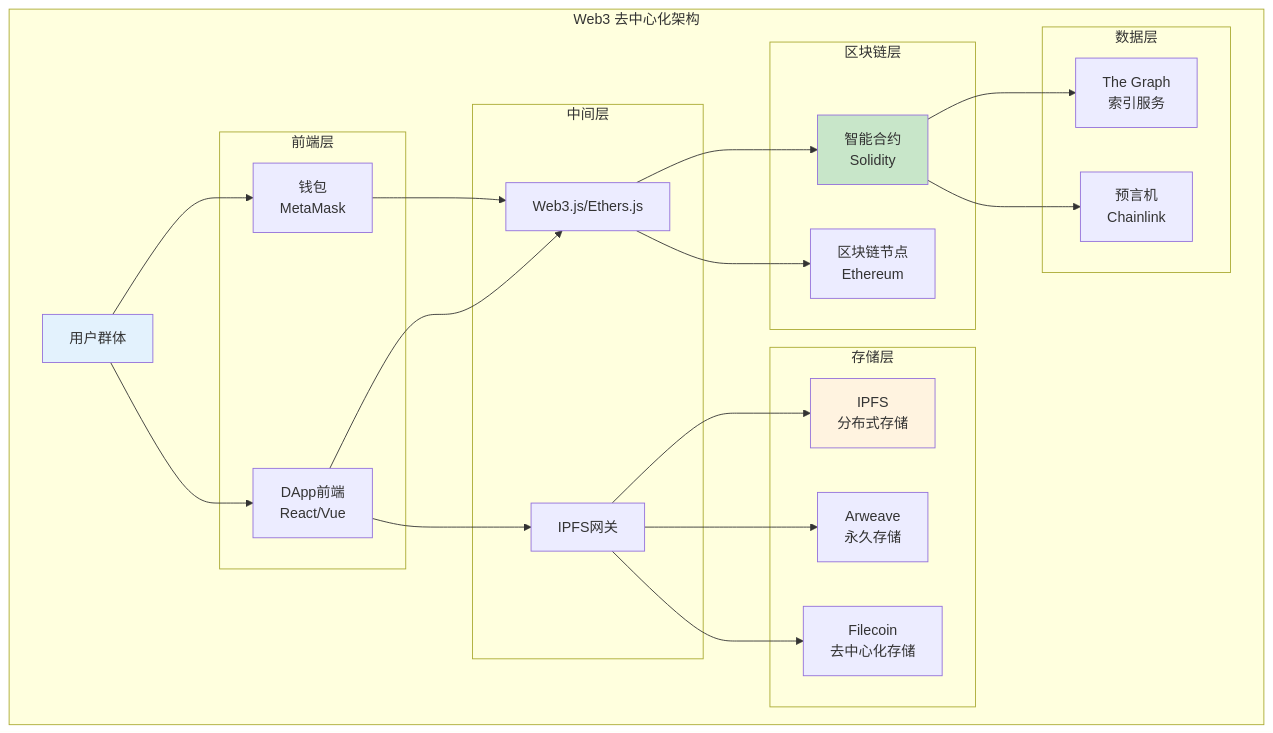
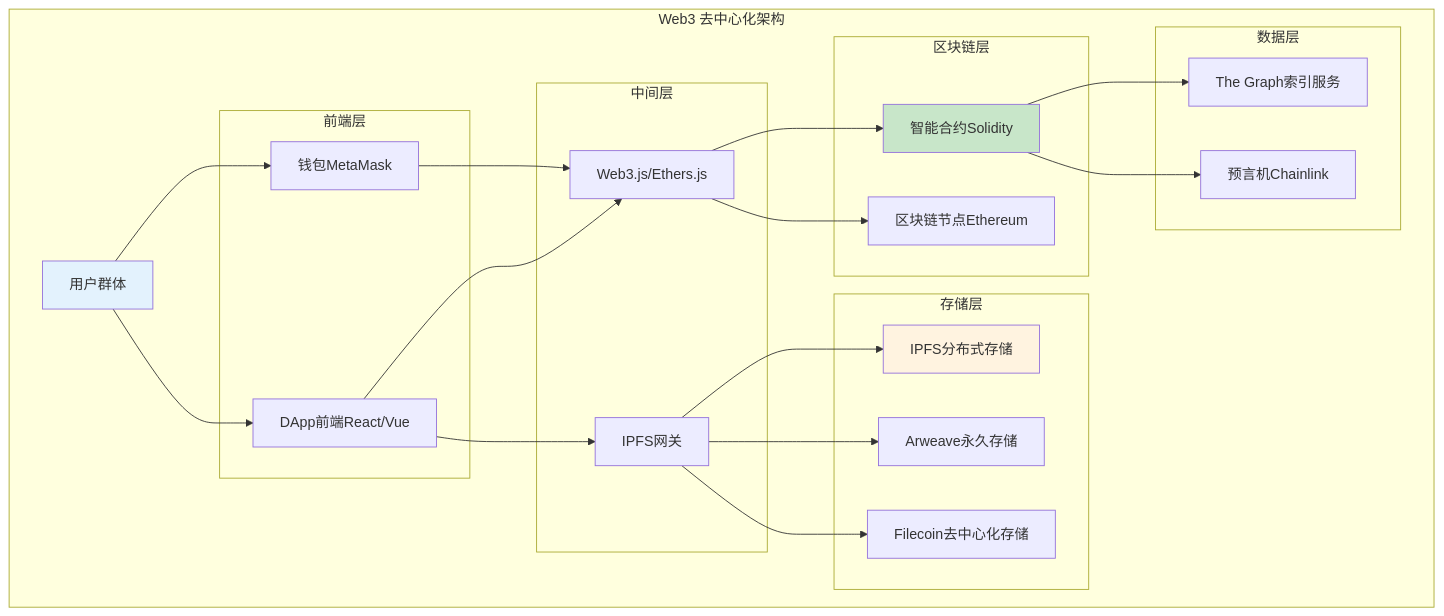
Before and after one commit to liuxing95/blog: the fifth of 29 diagrams in src/content/posts/web3/web2-vs-web3.md, drawn with Mermaid. The commit also changed other lines of this file and 3 other files, not shown here.

Commit message:
新增区块链入门和 IPFS 网关完整教程文档，详细介绍区块链的基本概念、结构、哈希原理及 IPFS 网关的工作原理、使用场景和最佳实践，旨在帮助用户深入理解区块链和去中心化存储技术，提升学习体验。同时，更新 Web3 前端开发完整教程，涵盖 MetaMask 钱包与 DApp 前端的交互流程及实战开发指南，增强用户对 Web3 开发的理解和应用能力。

````diff
--- a/src/content/posts/web3/web2-vs-web3.md
+++ b/src/content/posts/web3/web2-vs-web3.md
@@ -239,53 +239,53 @@
 ```mermaid
 graph TB
     subgraph "Web3 去中心化架构"
         Users[用户群体]
 
         subgraph "前端层"
-            DApp[DApp前端<br/>React/Vue]
-            Wallet[钱包<br/>MetaMask]
+            DApp[DApp前端React/Vue]
+            Wallet[钱包MetaMask]
         end
 
         subgraph "中间层"
             Web3JS[Web3.js/Ethers.js]
             IPFS_Gateway[IPFS网关]
         end
 
         subgraph "区块链层"
-            SmartContract[智能合约<br/>Solidity]
-            Node[区块链节点<br/>Ethereum]
+            SmartContract[智能合约Solidity]
+            Node[区块链节点Ethereum]
         end
 
         subgraph "存储层"
-            IPFS[IPFS<br/>分布式存储]
-            Arweave[Arweave<br/>永久存储]
-            Filecoin[Filecoin<br/>去中心化存储]
+            IPFS[IPFS分布式存储]
+            Arweave[Arweave永久存储]
+            Filecoin[Filecoin去中心化存储]
         end
 
         subgraph "数据层"
-            TheGraph[The Graph<br/>索引服务]
-            Oracle[预言机<br/>Chainlink]
+            TheGraph[The Graph索引服务]
+            Oracle[预言机Chainlink]
         end
     end
 
     Users --> DApp
     Users --> Wallet
 
     DApp --> Web3JS
     Wallet --> Web3JS
 
     Web3JS --> SmartContract
     Web3JS --> Node
 
     SmartContract --> TheGraph
     SmartContract --> Oracle
 
     DApp --> IPFS_Gateway
     IPFS_Gateway --> IPFS
     IPFS_Gateway --> Arweave
     IPFS_Gateway --> Filecoin
 
     style Users fill:#e3f2fd
     style SmartContract fill:#c8e6c9
     style IPFS fill:#fff3e0
 ```
````
